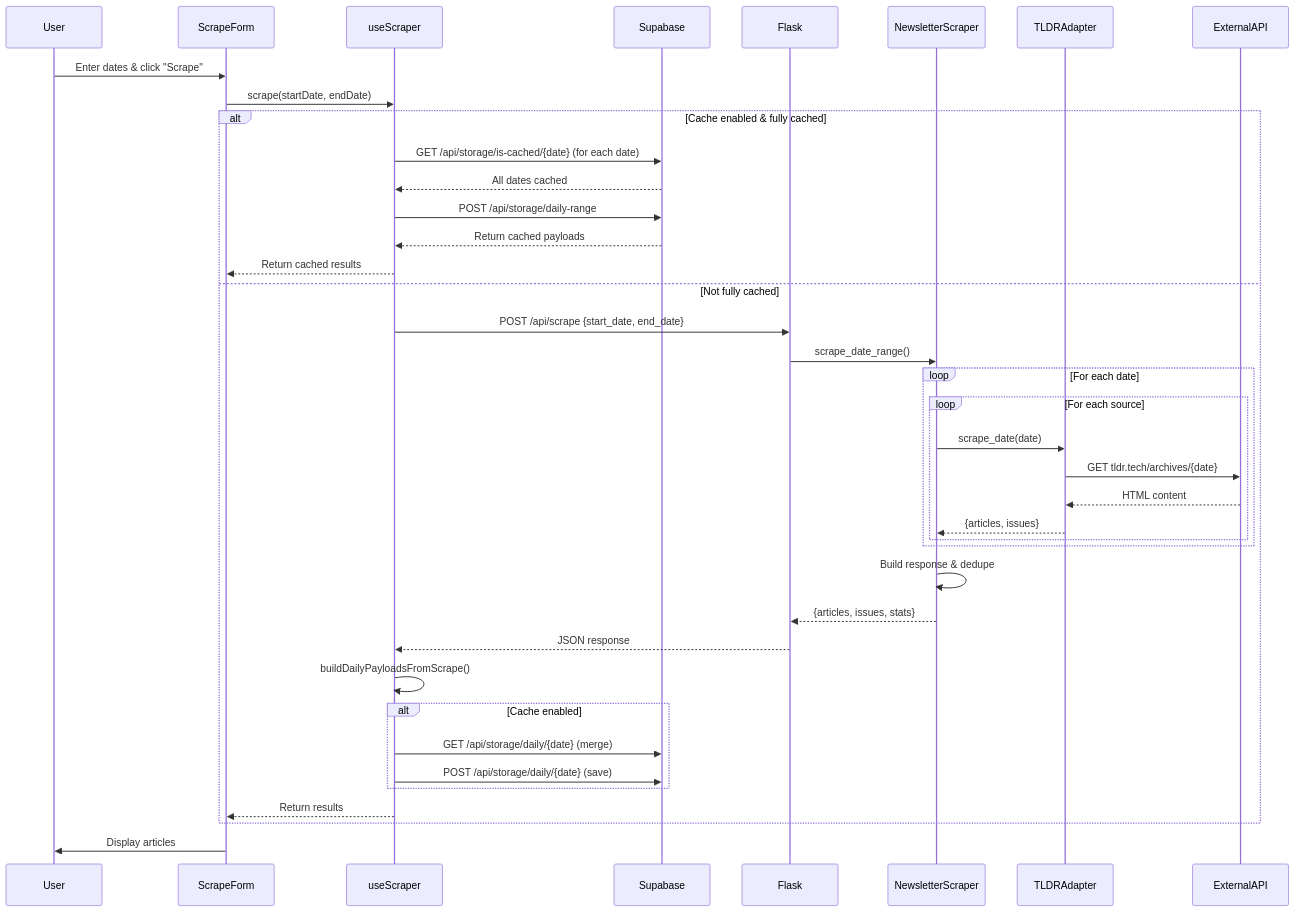
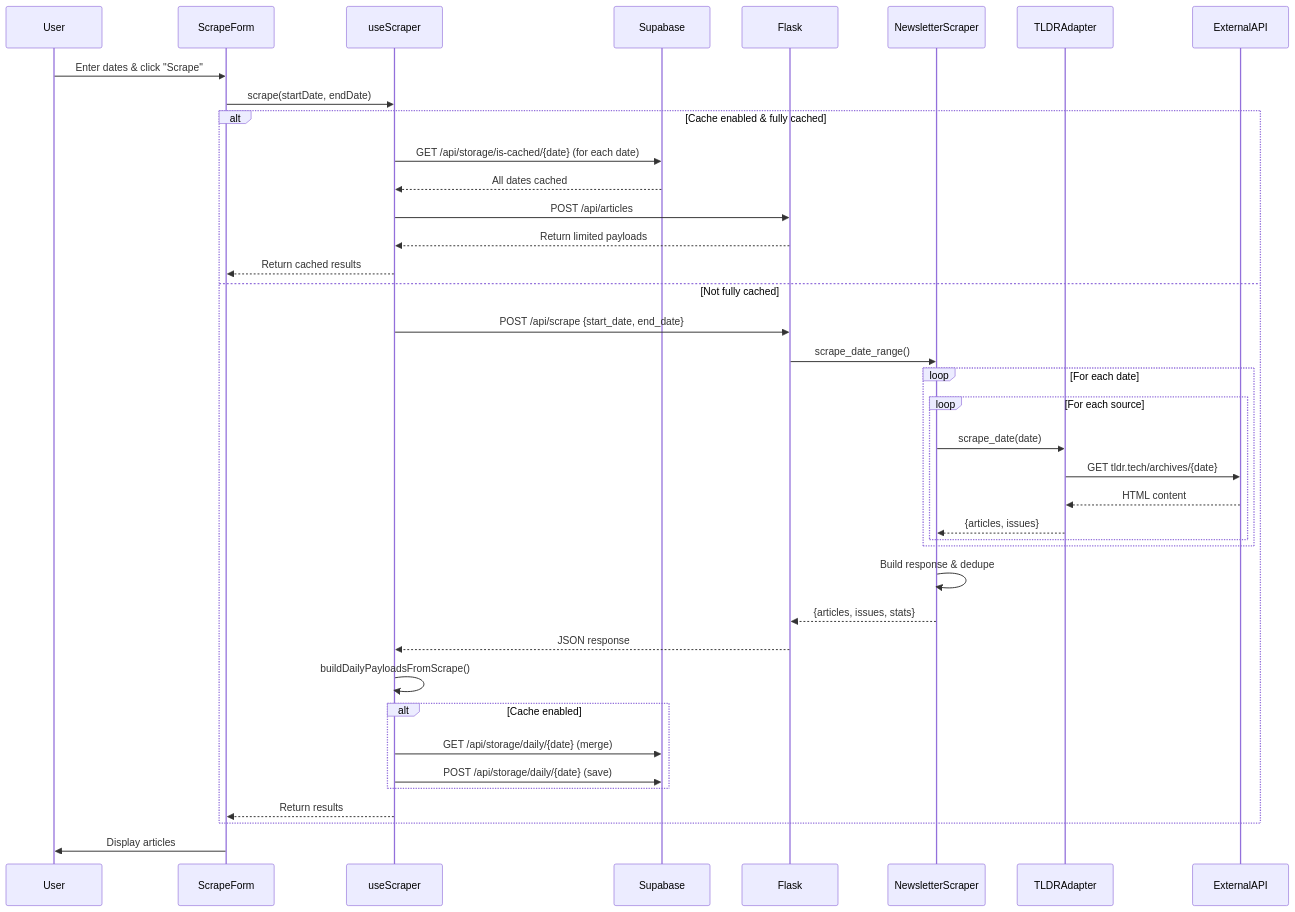
One commit to giladbarnea/TLDRScraper changed the diagram in ARCHITECTURE.md. Above: the diagram before and after it, drawn with Mermaid. The commit also changed other lines of this file, not shown here.

First line of the commit message:
Update ARCHITECTURE.md for /api/articles endpoint

````diff
--- a/ARCHITECTURE.md
+++ b/ARCHITECTURE.md
@@ -848,49 +849,49 @@
 ```mermaid
 sequenceDiagram
     participant User
     participant ScrapeForm
     participant useScraper
     participant Supabase
     participant Flask
     participant NewsletterScraper
     participant TLDRAdapter
     participant ExternalAPI
 
     User->>ScrapeForm: Enter dates & click "Scrape"
     ScrapeForm->>useScraper: scrape(startDate, endDate)
 
     alt Cache enabled & fully cached
         useScraper->>Supabase: GET /api/storage/is-cached/{date} (for each date)
         Supabase-->>useScraper: All dates cached
-        useScraper->>Supabase: POST /api/storage/daily-range
-        Supabase-->>useScraper: Return cached payloads
+        useScraper->>Flask: POST /api/articles
+        Flask-->>useScraper: Return limited payloads
         useScraper-->>ScrapeForm: Return cached results
     else Not fully cached
         useScraper->>Flask: POST /api/scrape {start_date, end_date}
         Flask->>NewsletterScraper: scrape_date_range()
 
         loop For each date
             loop For each source
                 NewsletterScraper->>TLDRAdapter: scrape_date(date)
                 TLDRAdapter->>ExternalAPI: GET tldr.tech/archives/{date}
                 ExternalAPI-->>TLDRAdapter: HTML content
                 TLDRAdapter-->>NewsletterScraper: {articles, issues}
             end
         end
 
         NewsletterScraper->>NewsletterScraper: Build response & dedupe
         NewsletterScraper-->>Flask: {articles, issues, stats}
         Flask-->>useScraper: JSON response
 
         useScraper->>useScraper: buildDailyPayloadsFromScrape()
 
         alt Cache enabled
             useScraper->>Supabase: GET /api/storage/daily/{date} (merge)
             useScraper->>Supabase: POST /api/storage/daily/{date} (save)
         end
 
         useScraper-->>ScrapeForm: Return results
     end
 
     ScrapeForm->>User: Display articles
 ```
````
